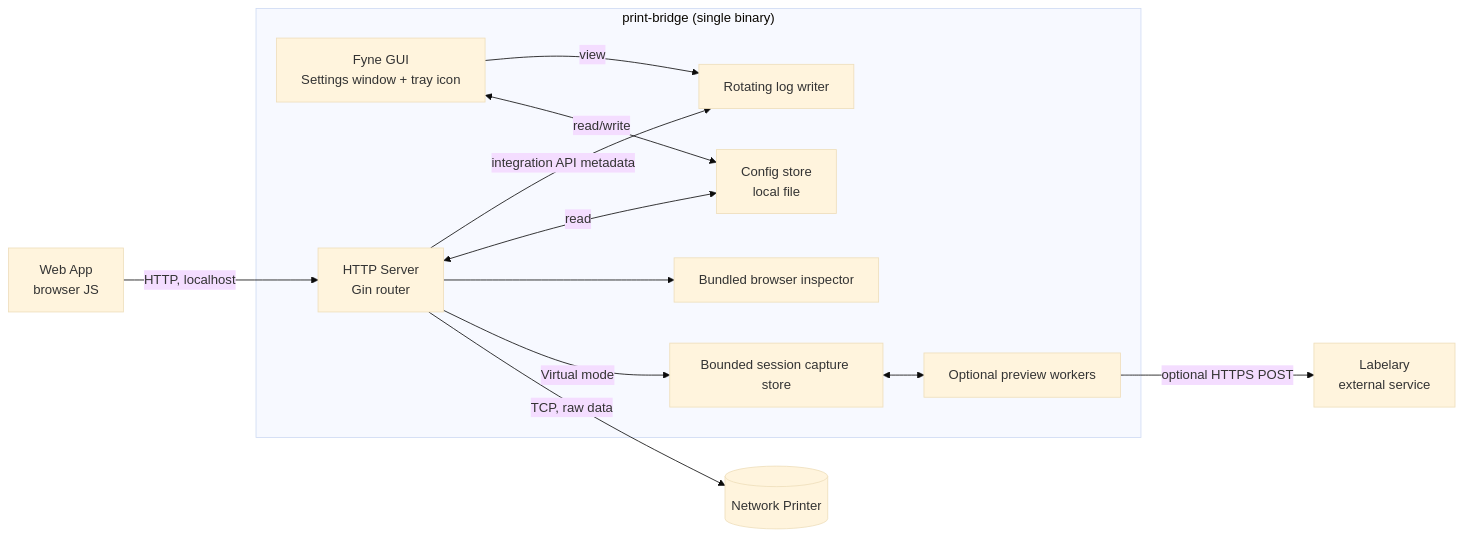
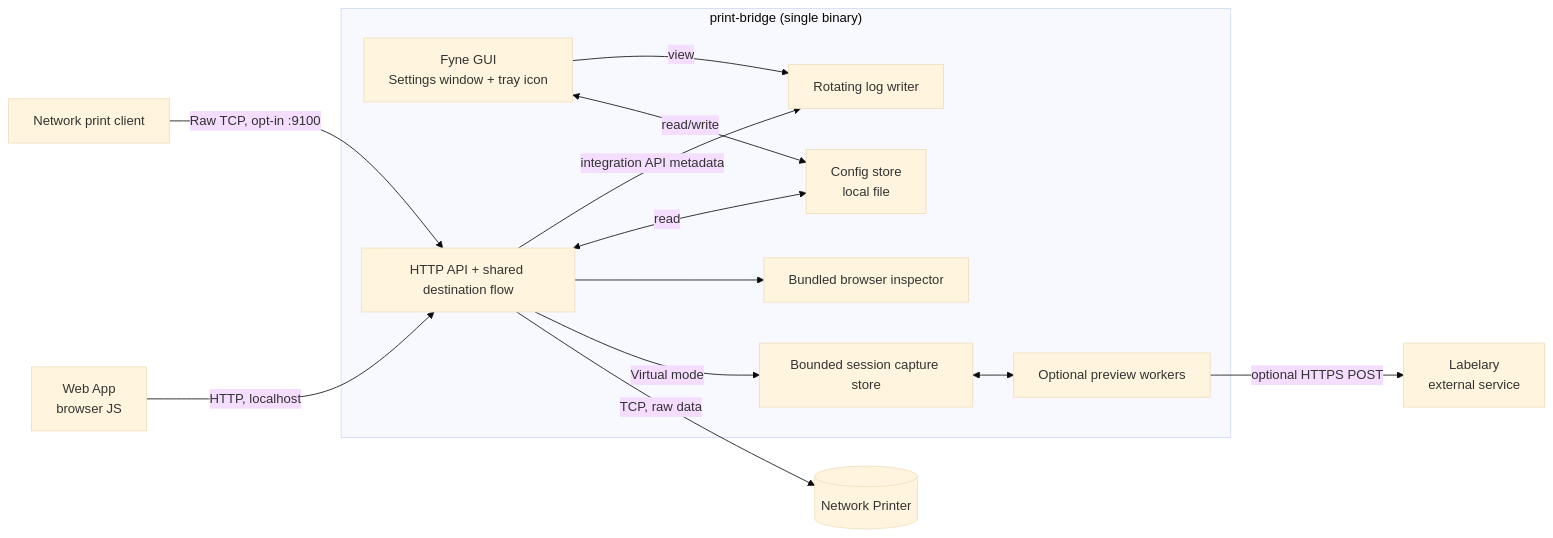
The first of 2 diagrams in DOCS/03-architecture/architecture-overview.md (JamesBolanos/print-bridge), drawn with Mermaid (base theme) before and after one commit. The commit also changed other lines of this file and 14 other files, not shown here.

````diff
--- a/DOCS/03-architecture/architecture-overview.md
+++ b/DOCS/03-architecture/architecture-overview.md
@@ -7,23 +7,24 @@
 ```mermaid
 flowchart LR
     subgraph "print-bridge (single binary)"
         UI[Fyne GUI\nSettings window + tray icon]
-        Core[HTTP Server\nGin router]
+        Core[HTTP API + shared destination flow]
         Store[Bounded session capture store]
         Inspector[Bundled browser inspector]
         Preview[Optional preview workers]
         Log[Rotating log writer]
         Cfg[Config store\nlocal file]
     end
     Labelary[Labelary\nexternal service]
     Web[Web App\nbrowser JS] -- HTTP, localhost --> Core
+    Device[Network print client] -- Raw TCP, opt-in :9100 --> Core
     Core -- TCP, raw data --> Printer[(Network Printer)]
     Core -- Virtual mode --> Store
     Core --> Inspector
     Store <--> Preview
     Preview -- optional HTTPS POST --> Labelary
     UI <-- read/write --> Cfg
     Core <-- read --> Cfg
     Core -- integration API metadata --> Log
     UI -- view --> Log
 ```
````
